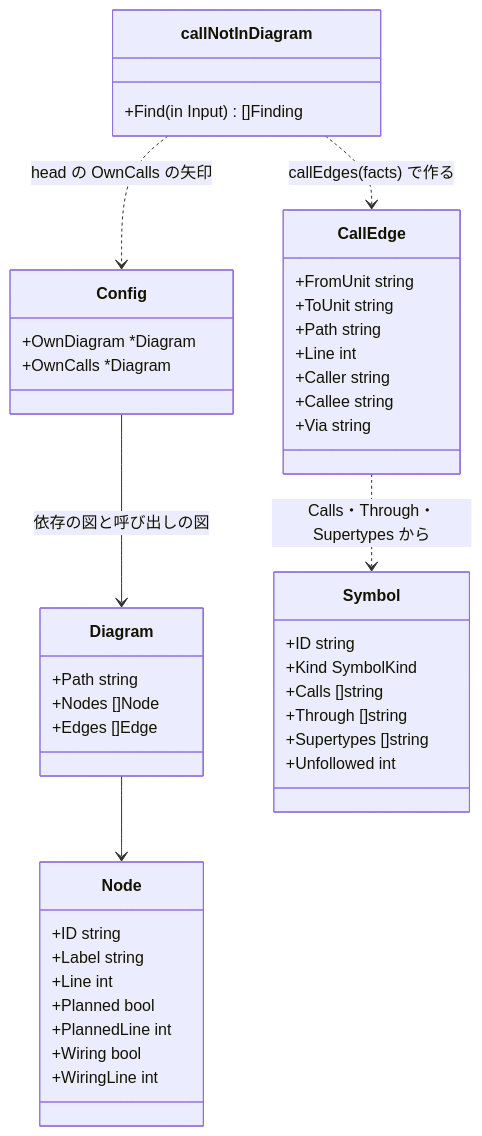
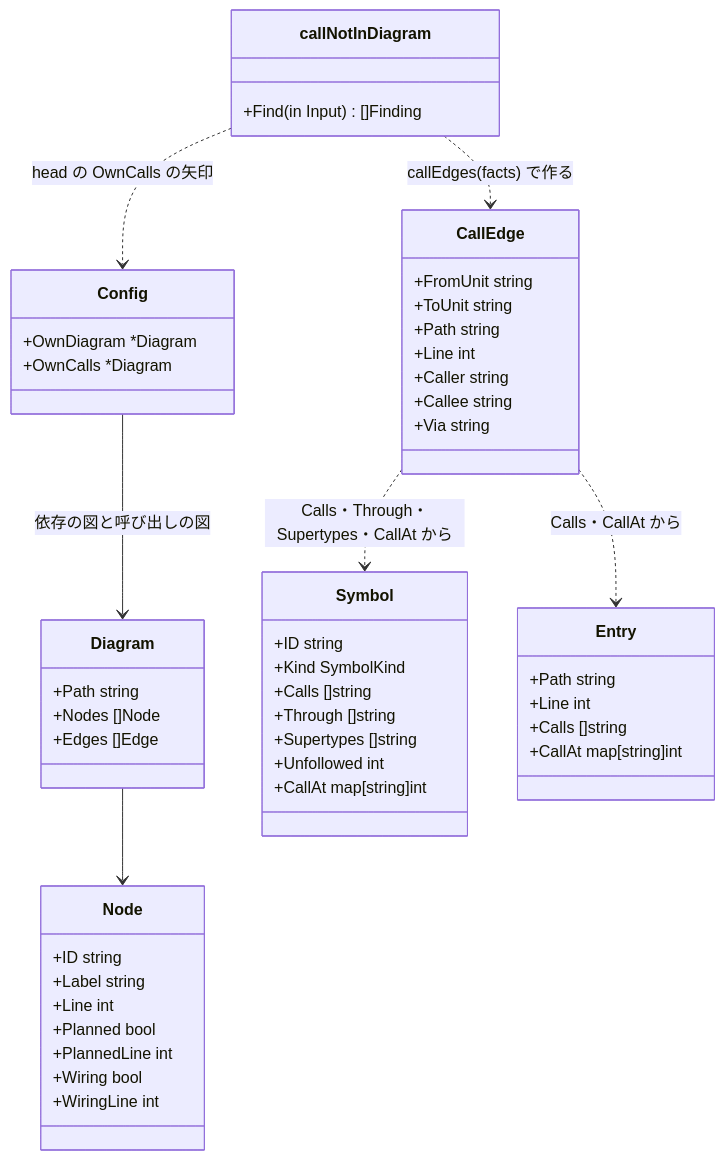
One commit to rerorets/hadome changed the diagram in docs/design/rules-deps.ja.md. Above: the diagram before and after it, drawn with Mermaid. The commit also changed other lines of this file and 3 other files, not shown here.

Commit message:
The design says the call diagram reports a call at its own line, kept in CallAt

````diff
--- a/docs/design/rules-deps.ja.md
+++ b/docs/design/rules-deps.ja.md
@@ -169,46 +169,54 @@
 ```mermaid
 classDiagram
   class Config {
     +OwnDiagram *Diagram
     +OwnCalls *Diagram
   }
   class Diagram {
     +Path string
     +Nodes []Node
     +Edges []Edge
   }
   class Node {
     +ID string
     +Label string
     +Line int
     +Planned bool
     +PlannedLine int
     +Wiring bool
     +WiringLine int
   }
   class Symbol {
     +ID string
     +Kind SymbolKind
     +Calls []string
     +Through []string
     +Supertypes []string
     +Unfollowed int
+    +CallAt map[string]int
+  }
+  class Entry {
+    +Path string
+    +Line int
+    +Calls []string
+    +CallAt map[string]int
   }
   class CallEdge {
     +FromUnit string
     +ToUnit string
     +Path string
     +Line int
     +Caller string
     +Callee string
     +Via string
   }
   class callNotInDiagram {
     +Find(in Input) []Finding
   }
   Config --> Diagram : 依存の図と呼び出しの図
   Diagram --> Node
   callNotInDiagram ..> CallEdge : callEdges(facts) で作る
-  CallEdge ..> Symbol : Calls・Through・Supertypes から
+  CallEdge ..> Symbol : Calls・Through・Supertypes・CallAt から
+  CallEdge ..> Entry : Calls・CallAt から
   callNotInDiagram ..> Config : head の OwnCalls の矢印
 ```
````
